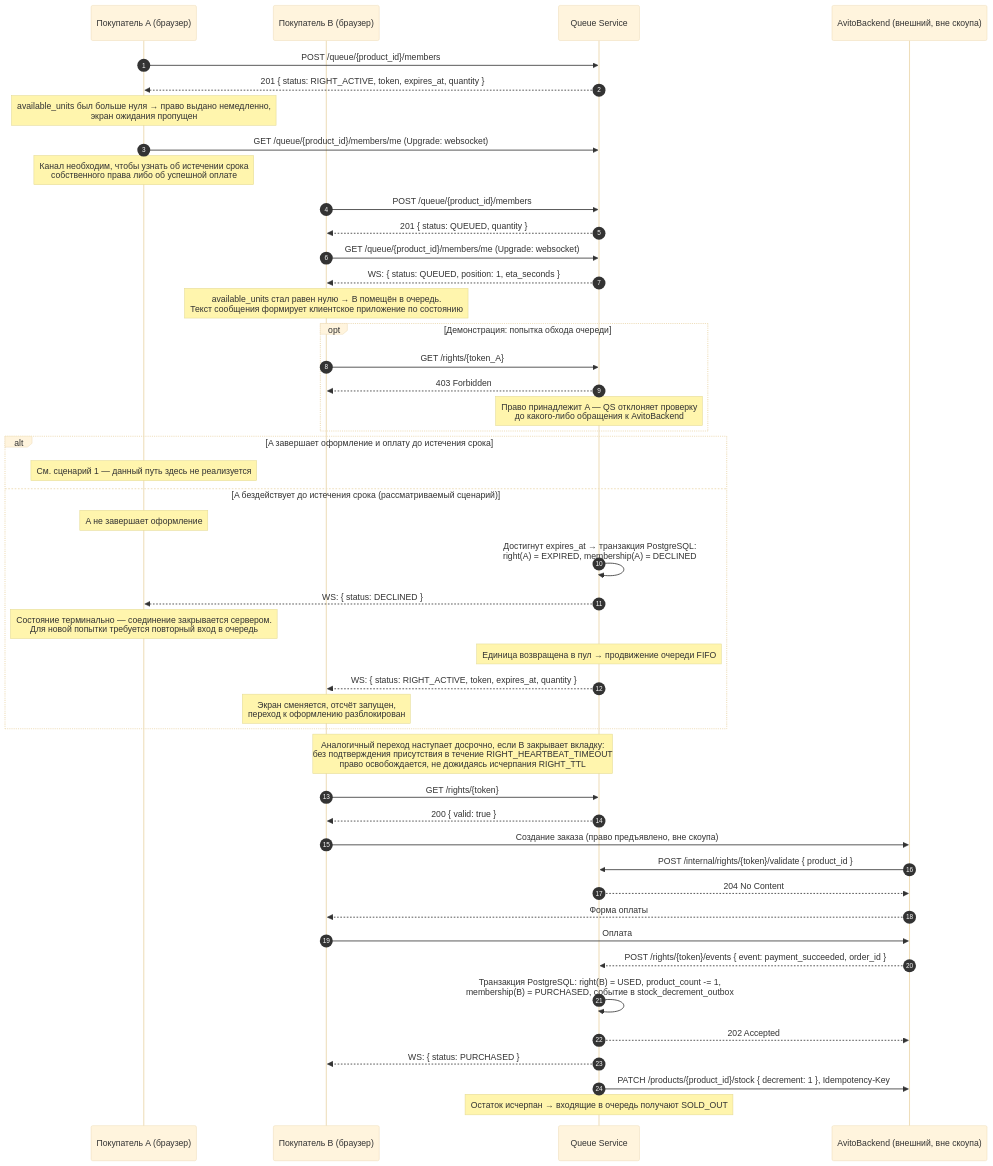
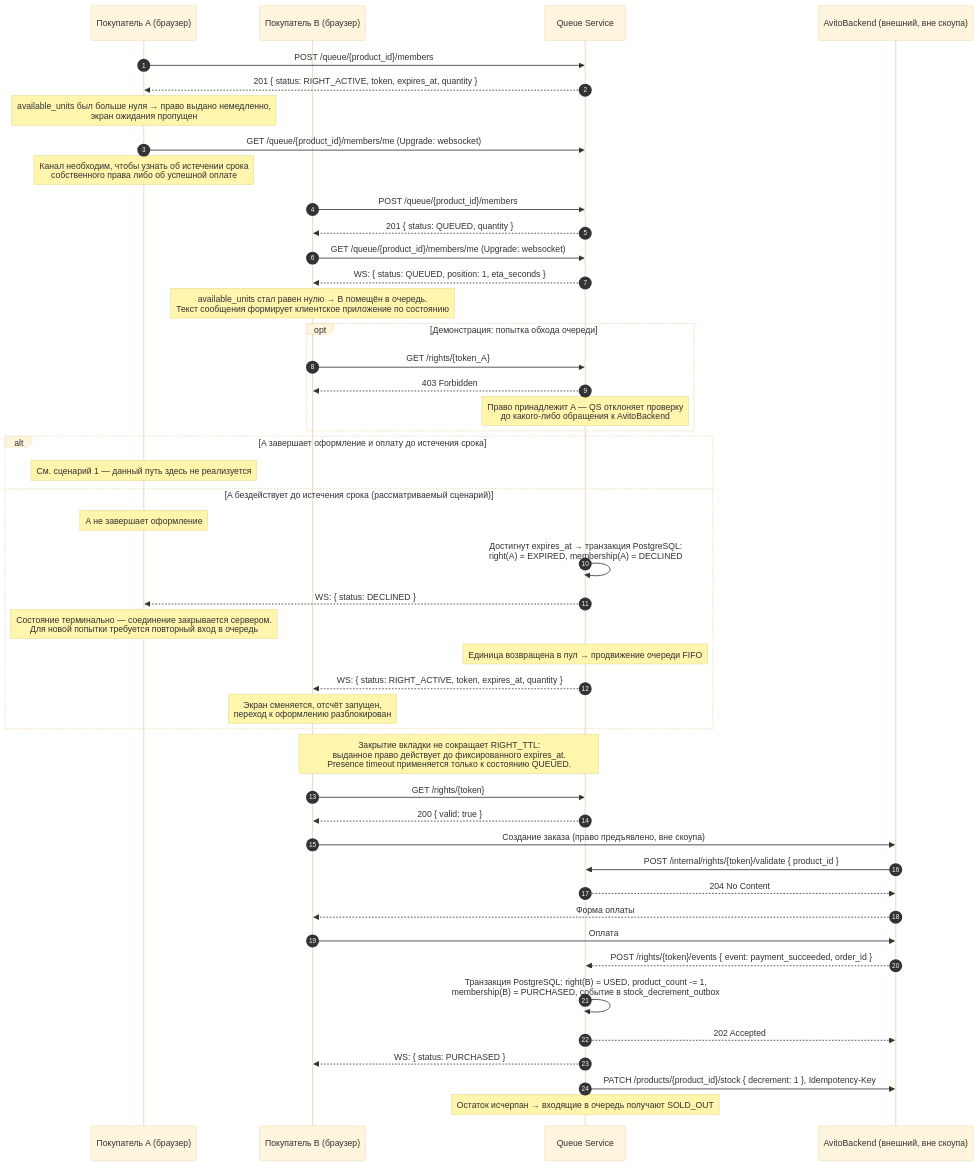
Before and after one commit to bigboynixxik/team-10-queue-serivce: the second of 4 diagrams in docs/diagrams.md, drawn with Mermaid (base theme). The commit also changed 4 other files, not shown here.

Commit message:
docs: describe user presence heartbeat

````diff
--- a/docs/diagrams.md
+++ b/docs/diagrams.md
@@ -66,59 +66,59 @@
 ```mermaid
 sequenceDiagram
     autonumber
     participant A as Покупатель A (браузер)
     participant B as Покупатель B (браузер)
     participant QS as Queue Service
     participant AB as AvitoBackend (внешний, вне скоупа)
 
     A->>QS: POST /queue/{product_id}/members
     QS-->>A: 201 { status: RIGHT_ACTIVE, token, expires_at, quantity }
     Note over A: available_units был больше нуля → право выдано немедленно,<br/>экран ожидания пропущен
 
     A->>QS: GET /queue/{product_id}/members/me (Upgrade: websocket)
     Note over A: Канал необходим, чтобы узнать об истечении срока<br/>собственного права либо об успешной оплате
 
     B->>QS: POST /queue/{product_id}/members
     QS-->>B: 201 { status: QUEUED, quantity }
     B->>QS: GET /queue/{product_id}/members/me (Upgrade: websocket)
     QS-->>B: WS: { status: QUEUED, position: 1, eta_seconds }
     Note over B: available_units стал равен нулю → B помещён в очередь.<br/>Текст сообщения формирует клиентское приложение по состоянию
 
     opt Демонстрация: попытка обхода очереди
         B->>QS: GET /rights/{token_A}
         QS-->>B: 403 Forbidden
         Note over QS: Право принадлежит A — QS отклоняет проверку<br/>до какого-либо обращения к AvitoBackend
     end
 
     alt A завершает оформление и оплату до истечения срока
         Note over A: См. сценарий 1 — данный путь здесь не реализуется
     else A бездействует до истечения срока (рассматриваемый сценарий)
         Note over A: A не завершает оформление
 
         QS->>QS: Достигнут expires_at → транзакция PostgreSQL:<br/>right(A) = EXPIRED, membership(A) = DECLINED
         QS-->>A: WS: { status: DECLINED }
         Note over A: Состояние терминально — соединение закрывается сервером.<br/>Для новой попытки требуется повторный вход в очередь
 
         Note over QS: Единица возвращена в пул → продвижение очереди FIFO
         QS-->>B: WS: { status: RIGHT_ACTIVE, token, expires_at, quantity }
         Note over B: Экран сменяется, отсчёт запущен,<br/>переход к оформлению разблокирован
     end
 
-    Note over QS,B: Аналогичный переход наступает досрочно, если B закрывает вкладку:<br/>без подтверждения присутствия в течение RIGHT_HEARTBEAT_TIMEOUT<br/>право освобождается, не дожидаясь исчерпания RIGHT_TTL
+    Note over QS,B: Закрытие вкладки не сокращает RIGHT_TTL:<br/>выданное право действует до фиксированного expires_at.<br/>Presence timeout применяется только к состоянию QUEUED.
 
     B->>QS: GET /rights/{token}
     QS-->>B: 200 { valid: true }
 
     B->>AB: Создание заказа (право предъявлено, вне скоупа)
     AB->>QS: POST /internal/rights/{token}/validate { product_id }
     QS-->>AB: 204 No Content
     AB-->>B: Форма оплаты
     B->>AB: Оплата
     AB-->>QS: POST /rights/{token}/events { event: payment_succeeded, order_id }
 
     QS->>QS: Транзакция PostgreSQL: right(B) = USED, product_count -= 1,<br/>membership(B) = PURCHASED, событие в stock_decrement_outbox
     QS-->>AB: 202 Accepted
     QS-->>B: WS: { status: PURCHASED }
     QS->>AB: PATCH /products/{product_id}/stock { decrement: 1 }, Idempotency-Key
     Note over QS: Остаток исчерпан → входящие в очередь получают SOLD_OUT
 ```
````
